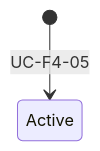
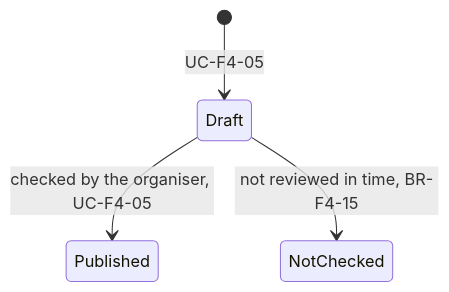
The diagram in docs/specs/02-functional/f04-meetings/data/e-f04-17-meeting-summary.md (gpbcom/SimpleERP), drawn with Mermaid before and after one commit. The commit also changed other lines of this file and 8816 other files, not shown here.

````diff
--- a/docs/specs/02-functional/f04-meetings/data/e-f04-17-meeting-summary.md
+++ b/docs/specs/02-functional/f04-meetings/data/e-f04-17-meeting-summary.md
@@ -33,4 +61,6 @@
 ```mermaid
 stateDiagram-v2
-  [*] --> Active : UC-F4-05
+  [*] --> Draft : UC-F4-05
+  Draft --> Published : checked by the organiser, UC-F4-05
+  Draft --> NotChecked : not reviewed in time, BR-F4-15
 ```
````
